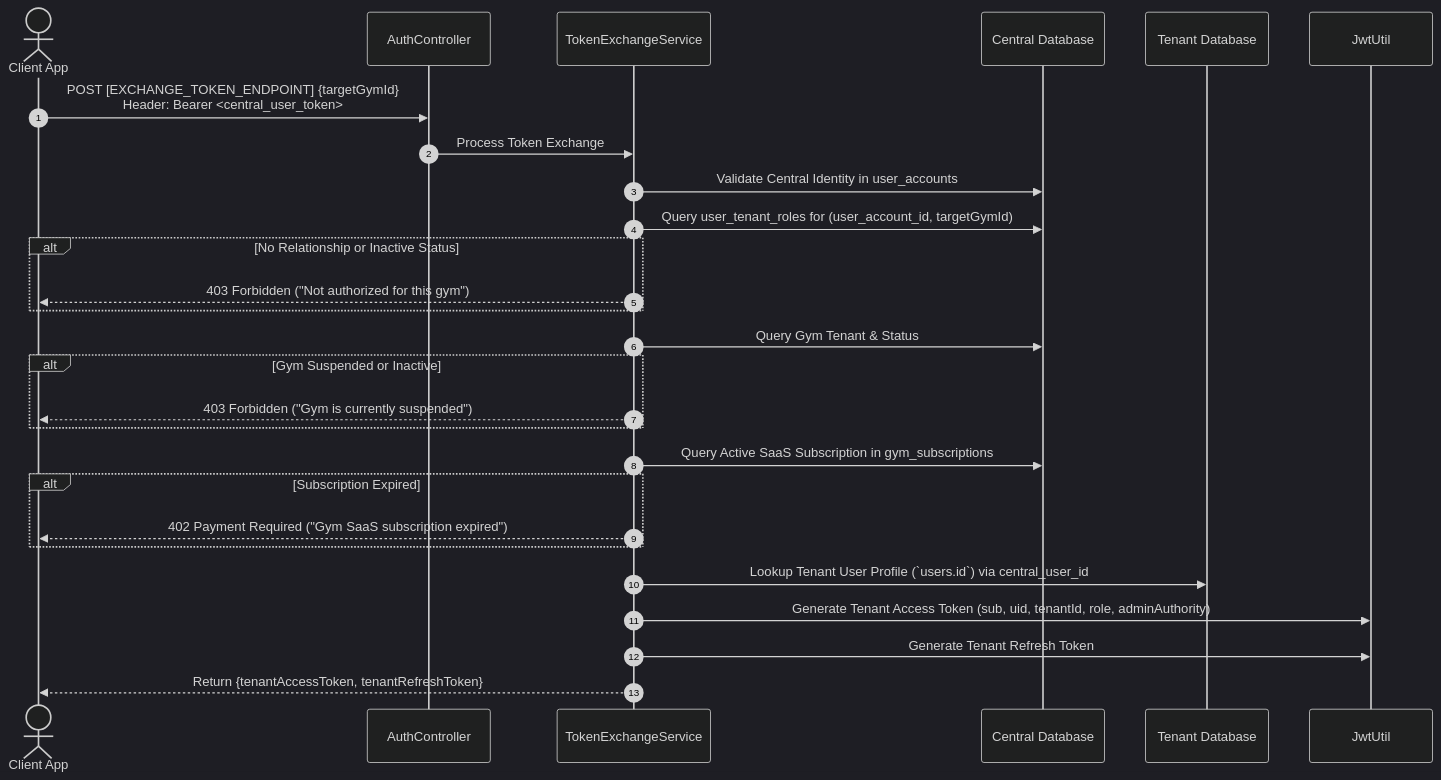
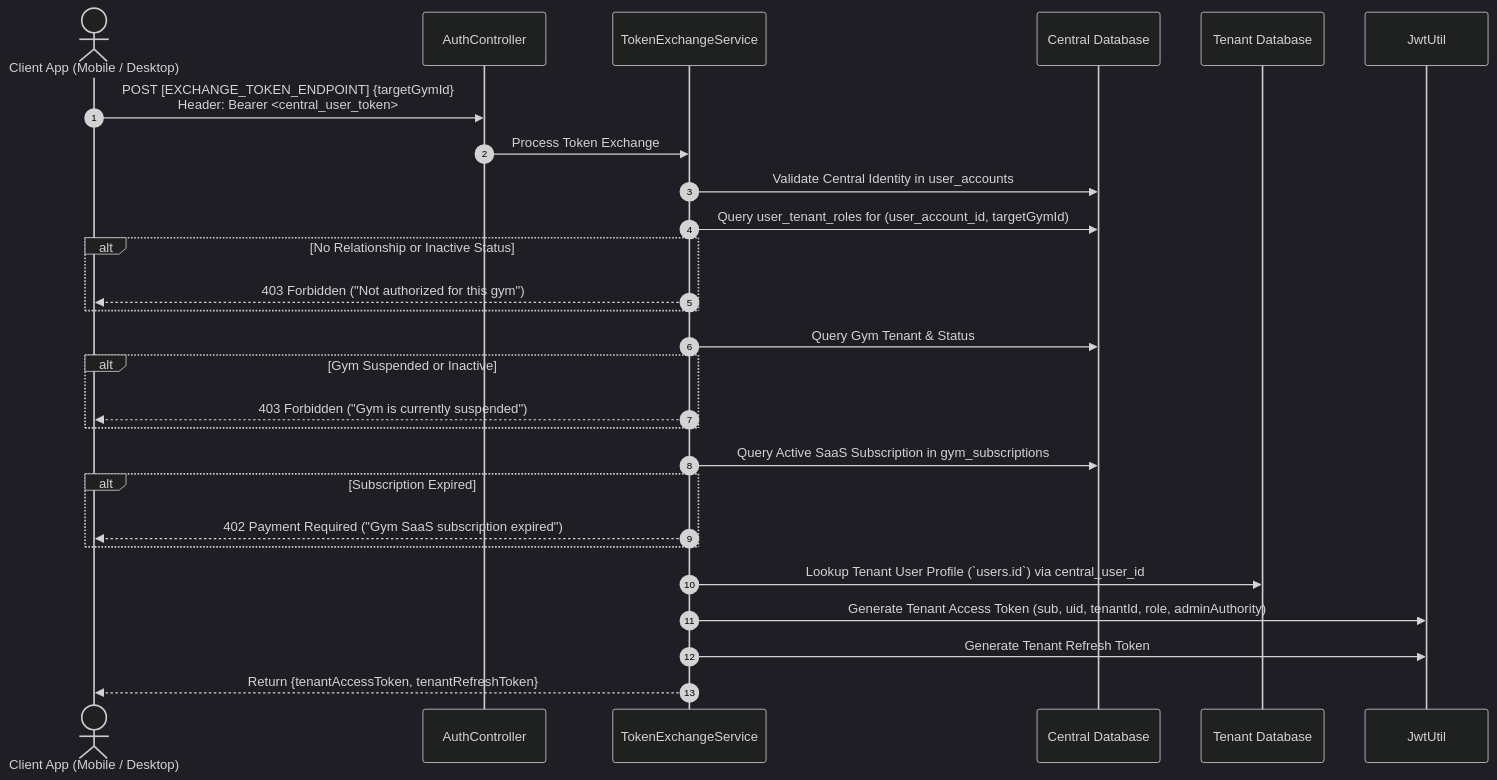
The ninth of 11 diagrams in docs/architecture.md (ZaidAli-19/GymVerse-backend-v1), drawn with Mermaid (dark theme) before and after one commit. The commit also changed other lines of this file and 11 other files, not shown here.

````diff
--- a/docs/architecture.md
+++ b/docs/architecture.md
@@ -678,30 +755,30 @@
 ```mermaid
 sequenceDiagram
     autonumber
-    actor User as Client App
+    actor User as Client App (Mobile / Desktop)
     participant Auth as AuthController
     participant ExchangeSvc as TokenExchangeService
     participant CentralDB as Central Database
     participant TenantDB as Tenant Database
     participant Jwt as JwtUtil
 
     User->>Auth: POST [EXCHANGE_TOKEN_ENDPOINT] {targetGymId}<br/>Header: Bearer <central_user_token>
     Auth->>ExchangeSvc: Process Token Exchange
     ExchangeSvc->>CentralDB: Validate Central Identity in user_accounts
     ExchangeSvc->>CentralDB: Query user_tenant_roles for (user_account_id, targetGymId)
     alt No Relationship or Inactive Status
         ExchangeSvc-->>User: 403 Forbidden ("Not authorized for this gym")
     end
     ExchangeSvc->>CentralDB: Query Gym Tenant & Status
     alt Gym Suspended or Inactive
         ExchangeSvc-->>User: 403 Forbidden ("Gym is currently suspended")
     end
     ExchangeSvc->>CentralDB: Query Active SaaS Subscription in gym_subscriptions
     alt Subscription Expired
         ExchangeSvc-->>User: 402 Payment Required ("Gym SaaS subscription expired")
     end
     ExchangeSvc->>TenantDB: Lookup Tenant User Profile (`users.id`) via central_user_id
     ExchangeSvc->>Jwt: Generate Tenant Access Token (sub, uid, tenantId, role, adminAuthority)
     ExchangeSvc->>Jwt: Generate Tenant Refresh Token
     ExchangeSvc-->>User: Return {tenantAccessToken, tenantRefreshToken}
 ```
````
